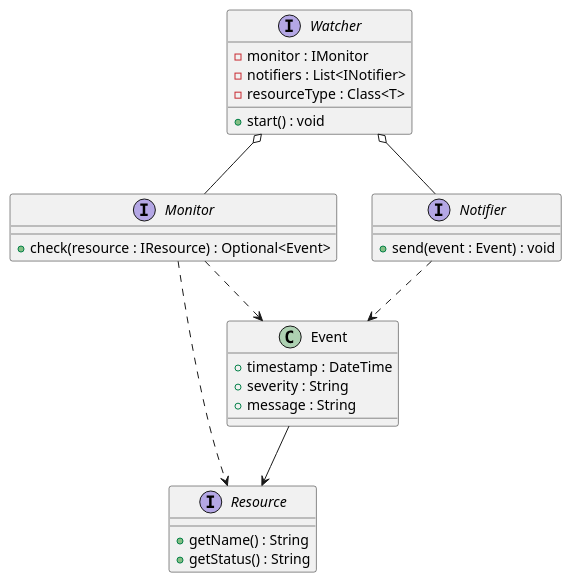
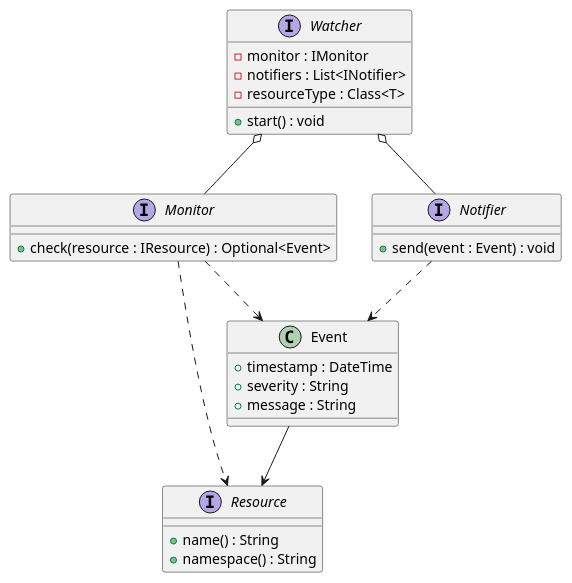
The diagram in documents/vistaPública.puml (Carlos-Lima2510/Kintoh), drawn with PlantUML before and after one commit. The commit also changed 1 other file, not shown here.

Commit message:
refactor: update Resource interface methods for consistency and clarity on UML diagram

```diff
--- a/documents/vistaPública.puml
+++ b/documents/vistaPública.puml
@@ -1,37 +1,37 @@
 @startuml
 
 interface "Watcher" as IWatcher {
     - monitor : IMonitor
     - notifiers : List<INotifier>
     - resourceType : Class<T>
     + start() : void
 }
 
 interface "Monitor" as IMonitor {
     + check(resource : IResource) : Optional<Event>
 }
 
 interface "Resource" as IResource {
-    + getName() : String
-    + getStatus() : String
+    + name() : String
+    + namespace() : String
 }
 
 interface "Notifier" as INotifier {
     + send(event : Event) : void
 }
 
 class Event {
     + timestamp : DateTime
     + severity : String
     + message : String
 }
 
 IWatcher o-- IMonitor
 IWatcher o-- INotifier
 
 IMonitor ..> IResource
 IMonitor ..> Event
 INotifier ..> Event
 Event --> IResource
 
 @enduml
```
